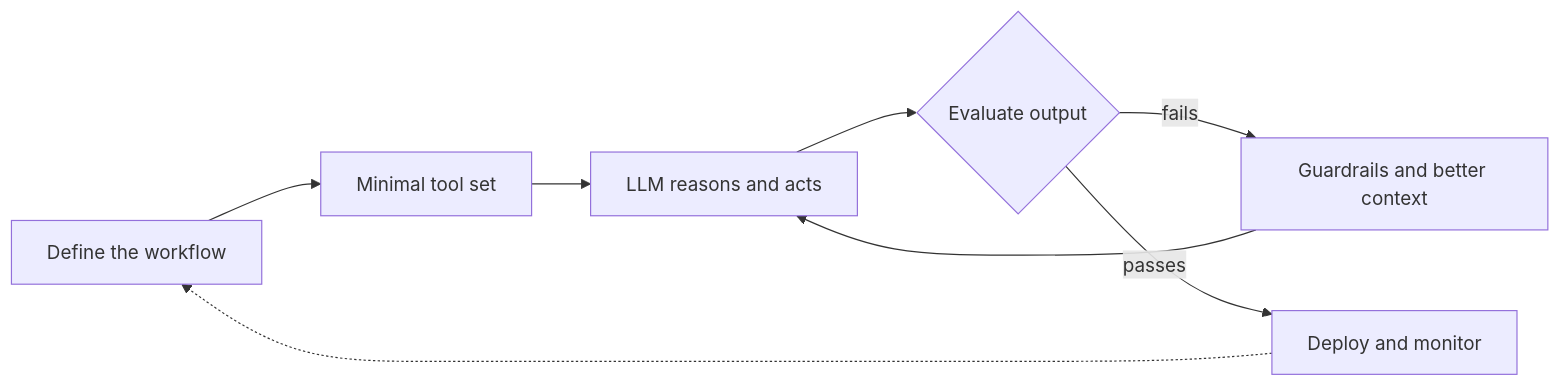
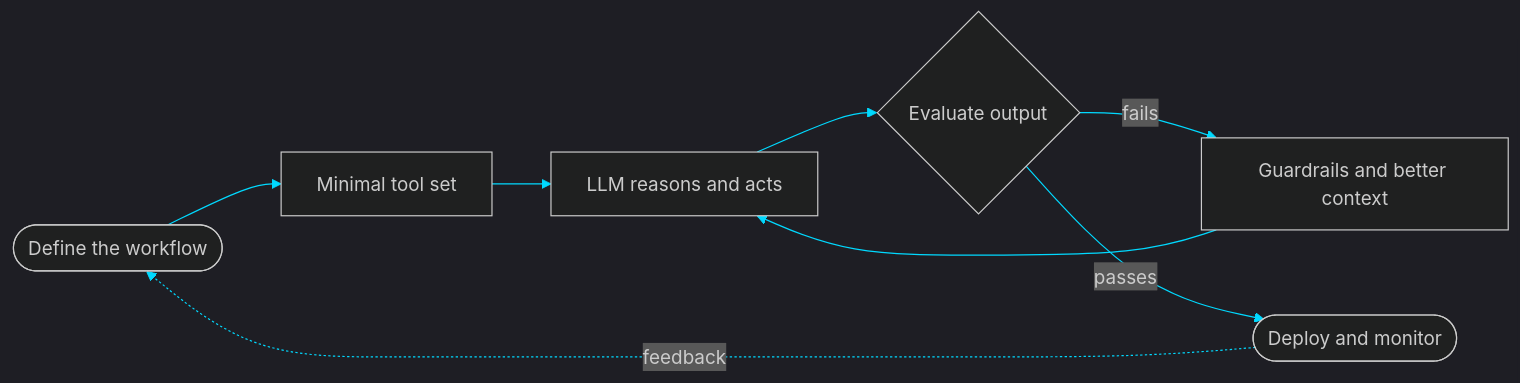
One commit to sumairali01/sumairali01 changed the diagram in README.md. Above: the diagram before and after it, drawn with Mermaid. The commit also changed other lines of this file, not shown here.

````diff
--- a/README.md
+++ b/README.md
@@ -55,10 +116,11 @@
 ```mermaid
+%%{init: {'theme':'dark','themeVariables':{'primaryColor':'#203A43','primaryTextColor':'#ffffff','primaryBorderColor':'#00D9FF','lineColor':'#00D9FF','secondaryColor':'#2C5364','tertiaryColor':'#0F2027'}}}%%
 flowchart LR
-    A[Define the workflow] --> B[Minimal tool set]
-    B --> C[LLM reasons and acts]
-    C --> D{Evaluate output}
-    D -- fails --> E[Guardrails and better context]
+    A([ Define the workflow]) --> B[ Minimal tool set]
+    B --> C[ LLM reasons and acts]
+    C --> D{ Evaluate output}
+    D -- fails --> E[ Guardrails and better context]
     E --> C
-    D -- passes --> F[Deploy and monitor]
-    F -.-> A
+    D -- passes --> F([ Deploy and monitor])
+    F -.feedback.-> A
 ```
````
